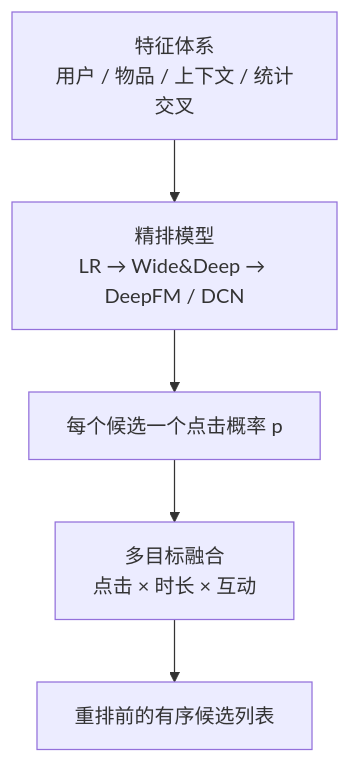
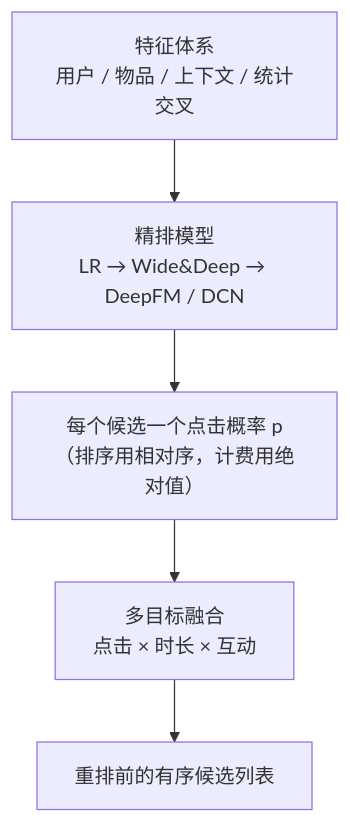
One commit to lizhengzhong20-sketch/model_learning changed the first of 2 diagrams in docs/4-专业方向/08-推荐系统/04-排序模型.md. Above: the diagram before and after it, drawn with Mermaid. The commit also changed other lines of this file and 67 other files, not shown here.

````diff
--- a/docs/4-专业方向/08-推荐系统/04-排序模型.md
+++ b/docs/4-专业方向/08-推荐系统/04-排序模型.md
@@ -78,7 +91,7 @@
 ```mermaid
 graph TD
     F["特征体系<br/>用户 / 物品 / 上下文 / 统计交叉"] --> M["精排模型<br/>LR → Wide&Deep → DeepFM / DCN"]
-    M --> P["每个候选一个点击概率 p"]
+    M --> P["每个候选一个点击概率 p<br/>（排序用相对序，计费用绝对值）"]
     P --> MO["多目标融合<br/>点击 × 时长 × 互动"]
     MO --> O["重排前的有序候选列表"]
 ```
````
